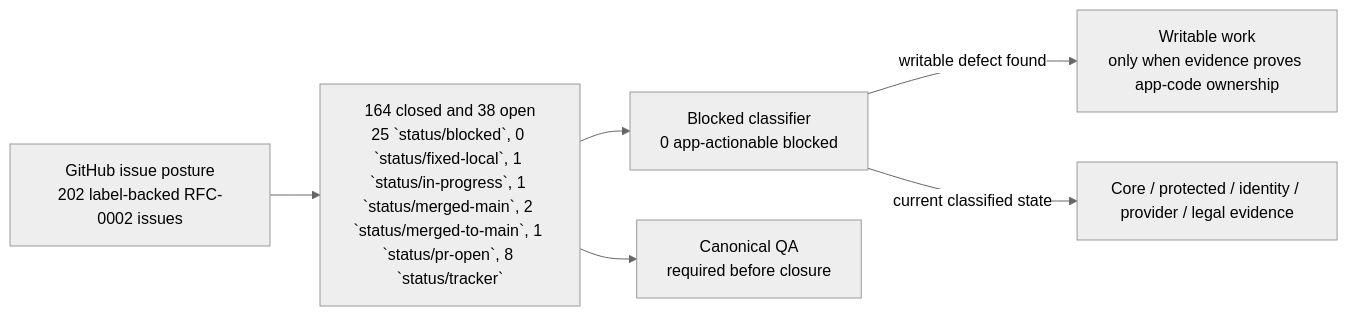
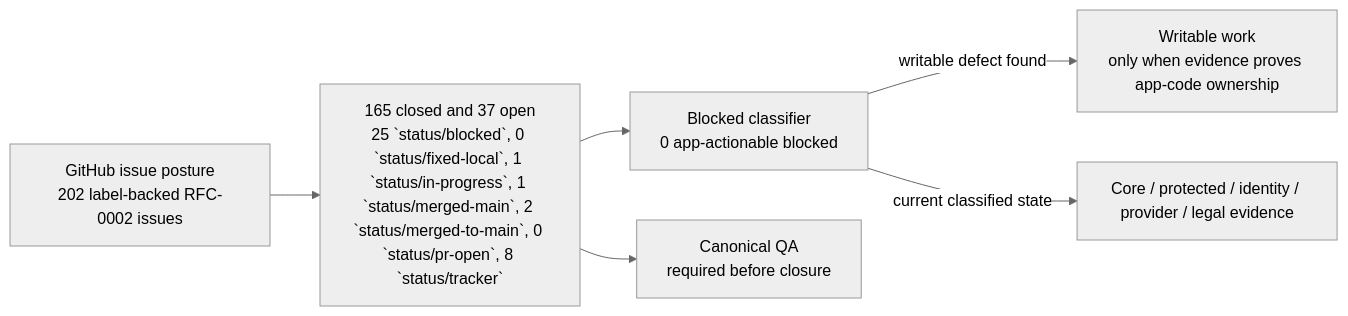
The first of 2 diagrams in wiki/RFC-0002-Execution-Status.md (sgajbi/lotus-idea), drawn with Mermaid (neutral theme) before and after one commit. The commit also changed other lines of this file and 8 other files, not shown here.

````diff
--- a/wiki/RFC-0002-Execution-Status.md
+++ b/wiki/RFC-0002-Execution-Status.md
@@ -39,15 +39,15 @@
 ```mermaid
 flowchart LR
     Issues["GitHub issue posture<br/>202 label-backed RFC-0002 issues"]
-    Open["164 closed and 38 open<br/>25 `status/blocked`, 0 `status/fixed-local`, 1 `status/in-progress`, 1 `status/merged-main`, 2 `status/merged-to-main`, 1 `status/pr-open`, 8 `status/tracker`"]
+    Open["165 closed and 37 open<br/>25 `status/blocked`, 0 `status/fixed-local`, 1 `status/in-progress`, 1 `status/merged-main`, 2 `status/merged-to-main`, 0 `status/pr-open`, 8 `status/tracker`"]
     Blocked["Blocked classifier<br/>0 app-actionable blocked"]
     Work["Writable work<br/>only when evidence proves app-code ownership"]
     External["Core / protected / identity / provider / legal evidence"]
     QA["Canonical QA<br/>required before closure"]
 
     Issues --> Open
     Open --> Blocked
     Blocked -->|"writable defect found"| Work
     Blocked -->|"current classified state"| External
     Open --> QA
 ```
````
